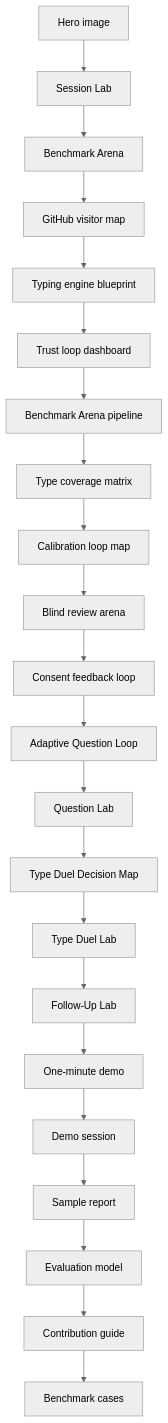
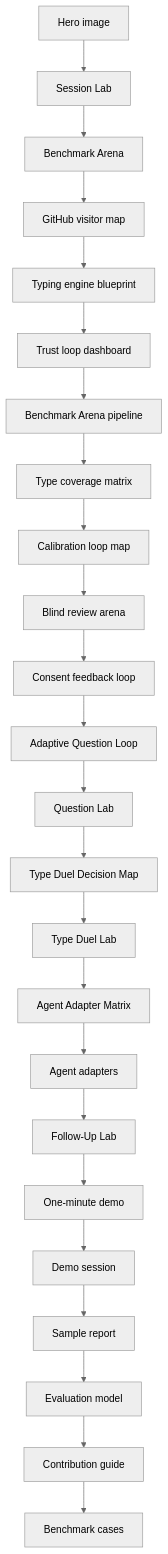
One commit to Zaoqu-Liu/mbti-typing-skill changed the diagram in docs/visual-tour.md. Above: the diagram before and after it, drawn with Mermaid (neutral theme). The commit also changed other lines of this file and 21 other files, not shown here.

Commit message:
Add agent adapters

````diff
--- a/docs/visual-tour.md
+++ b/docs/visual-tour.md
@@ -248,24 +264,26 @@
 ```mermaid
 flowchart TD
     A[Hero image] --> B[Session Lab]
     B --> C[Benchmark Arena]
     C --> D[GitHub visitor map]
     D --> E[Typing engine blueprint]
     E --> F[Trust loop dashboard]
     F --> G[Benchmark Arena pipeline]
     G --> H[Type coverage matrix]
     H --> I[Calibration loop map]
     I --> J[Blind review arena]
     J --> K[Consent feedback loop]
     K --> L[Adaptive Question Loop]
     L --> M[Question Lab]
     M --> N[Type Duel Decision Map]
     N --> O[Type Duel Lab]
-    O --> P[Follow-Up Lab]
-    P --> Q[One-minute demo]
-    Q --> R[Demo session]
-    R --> S[Sample report]
-    S --> T[Evaluation model]
-    T --> U[Contribution guide]
-    U --> V[Benchmark cases]
+    O --> P[Agent Adapter Matrix]
+    P --> Q[Agent adapters]
+    Q --> R[Follow-Up Lab]
+    R --> S[One-minute demo]
+    S --> T[Demo session]
+    T --> U[Sample report]
+    U --> V[Evaluation model]
+    V --> W[Contribution guide]
+    W --> X[Benchmark cases]
 ```
````
